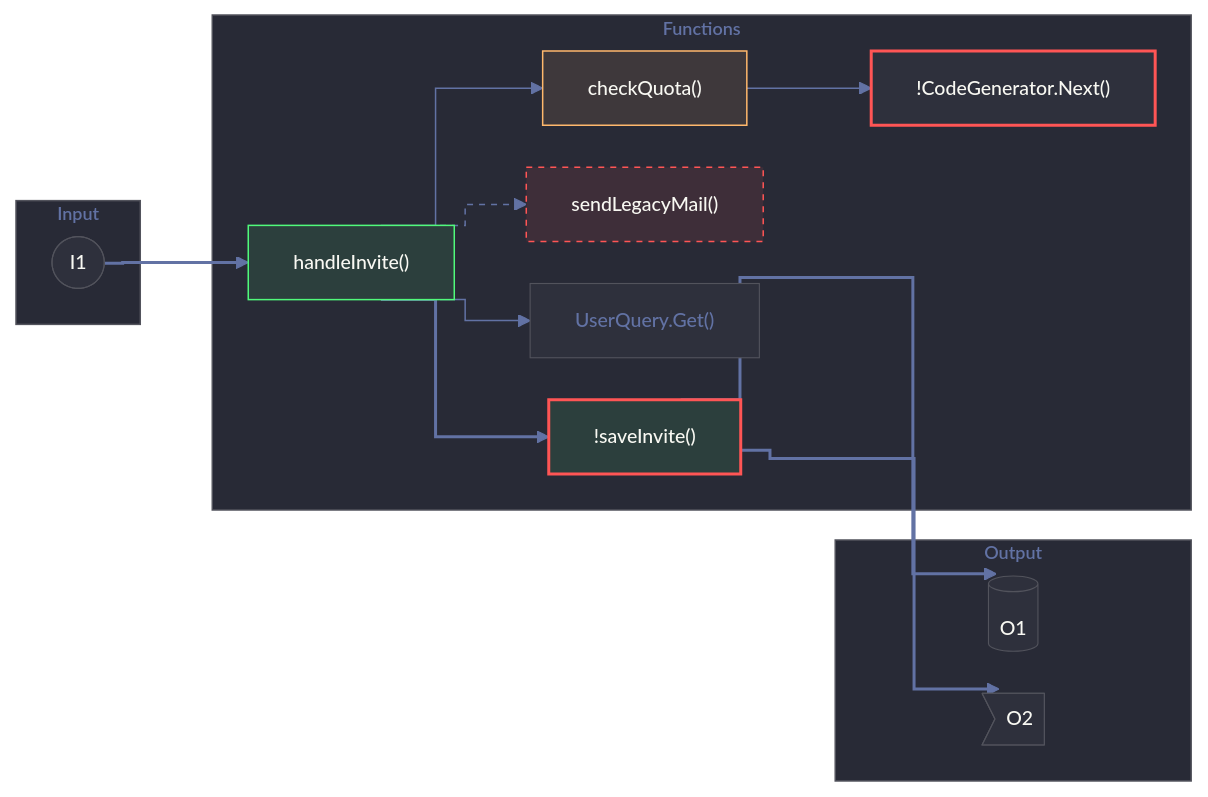
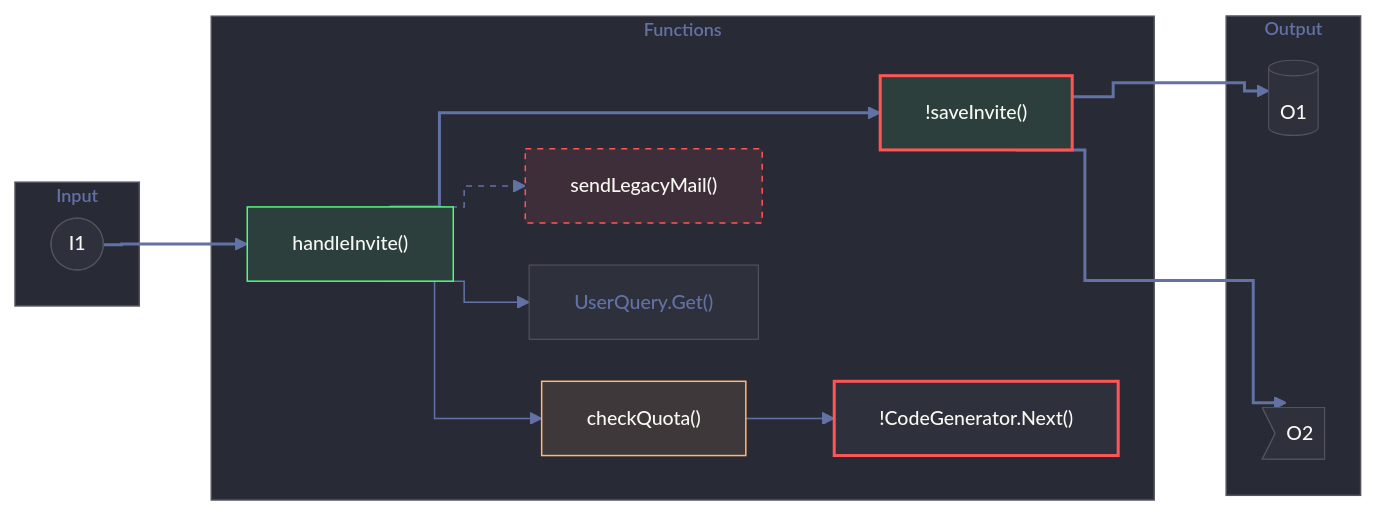
Before and after one commit to gagoar/pr-brief: diagram 11 of 17 in docs/samples/craft-themes.md, drawn with Mermaid. The commit also changed other lines of this file, not shown here.

````diff
--- a/docs/samples/craft-themes.md
+++ b/docs/samples/craft-themes.md
@@ -476,39 +498,41 @@
 ```mermaid
 %%{init: {"theme":"base","flowchart":{"curve":"step","nodeSpacing":28,"rankSpacing":48,"diagramPadding":40},"themeVariables":{"darkMode":true,"background":"#282a36","fontFamily":"Inter, Helvetica, Arial","fontSize":"13px","dropShadow":"none","primaryColor":"#2e303c","primaryTextColor":"#f8f8f2","primaryBorderColor":"#52535c","nodeTextColor":"#f8f8f2","textColor":"#f8f8f2","mainBkg":"#2e303c","nodeBorder":"#52535c","lineColor":"#6272a4","clusterBkg":"#282a36","clusterBorder":"#52535c","titleColor":"#6272a4","edgeLabelBackground":"#282a36"}}}%%
 graph LR
   subgraph IN["Input"]
     I1(["I1"])
   end
   subgraph FN["Functions"]
     F1["handleInvite()"]:::added
     F2["checkQuota()"]:::modified
     F3["sendLegacyMail()"]:::removed
     F4["UserQuery.Get()"]:::context
     F5["!CodeGenerator.Next()"]:::risk
     F6["!saveInvite()"]:::riskadded
   end
   subgraph OUT["Output"]
     O1[("O1")]
     O2>"O2"]
   end
   I1 ==> F1
   F1 --> F2
   F1 --> F4
   F2 --> F5
   F1 ==> F6
   F1 -.-> F3
   F6 ==> O1
   F6 ==> O2
+  F5 ~~~ O1
+  F5 ~~~ O2
   classDef default fill:#2e303c,stroke:#52535c,stroke-width:0.75px,color:#f8f8f2,font-weight:500
   classDef added fill:#2c3f3d,stroke:#50fa7b,stroke-width:1px,color:#f8f8f2,font-weight:500
   classDef modified fill:#3e383b,stroke:#ffb86c,stroke-width:1px,color:#f8f8f2,font-weight:500
   classDef removed fill:#3e2e39,stroke:#ff5555,stroke-width:1px,stroke-dasharray:4 4,color:#f8f8f2,font-weight:500
   classDef context fill:#2e303c,stroke:#52535c,stroke-width:0.75px,color:#6272a4,font-weight:500
   classDef risk fill:#2e303c,stroke:#ff5555,stroke-width:2px,color:#f8f8f2,font-weight:500
   classDef riskadded fill:#2c3f3d,stroke:#ff5555,stroke-width:2px,color:#f8f8f2,font-weight:500
   classDef zone fill:#282a36,stroke:#52535c,stroke-width:1px,color:#6272a4,font-weight:600,font-size:12px
   class IN,FN,OUT zone
-  linkStyle default stroke:#6272a4,stroke-width:1px
+  linkStyle 1,2,3 stroke:#6272a4,stroke-width:1px
   linkStyle 0,4,6,7 stroke:#6272a4,stroke-width:2px
   linkStyle 5 stroke:#6272a4,stroke-width:1px,stroke-dasharray:4 4
 ```
````
